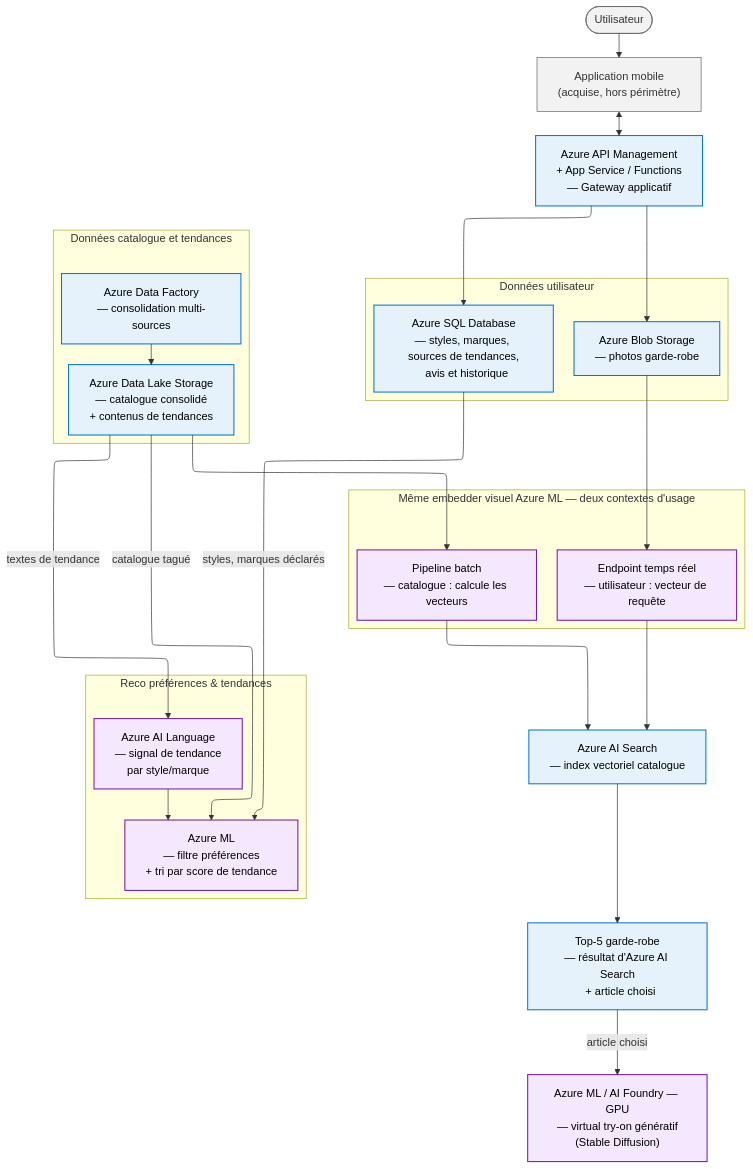
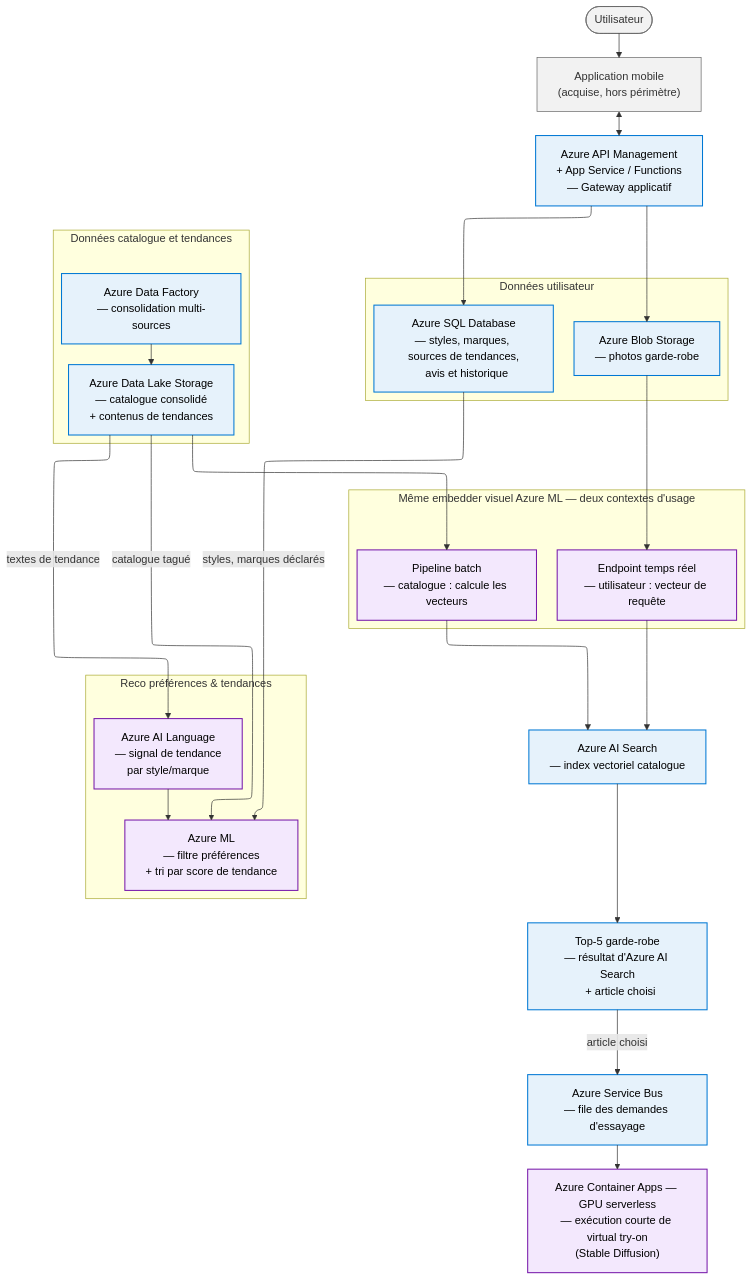
The diagram in Travail/02-solution-production/system-design.md (lefevrk/OC-Realisez-le-cadrage-d-un-projet-IA), drawn with Mermaid before and after one commit. The commit also changed other lines of this file and 3 other files, not shown here.

````diff
--- a/Travail/02-solution-production/system-design.md
+++ b/Travail/02-solution-production/system-design.md
@@ -19,50 +19,51 @@
 ```mermaid
 ---
 config:
   layout: elk
 ---
 flowchart TB
     classDef azure fill:#e6f2fb,stroke:#0078d4,stroke-width:1.5px,color:#000;
     classDef ml fill:#f3e8fd,stroke:#7719aa,stroke-width:1.5px,color:#000;
     classDef ext fill:#f2f2f2,stroke:#666,stroke-width:1px,color:#333;
 
     U(["Utilisateur"]):::ext --> APP["Application mobile\n(acquise, hors périmètre)"]:::ext
     APP <--> API["Azure API Management\n+ App Service / Functions\n— Gateway applicatif"]:::azure
 
     subgraph DONNEES["Données utilisateur"]
         BLOB["Azure Blob Storage\n— photos garde-robe"]:::azure
         SQL["Azure SQL Database\n— styles, marques, sources de tendances,\n  avis et historique"]:::azure
     end
 
     API --> BLOB
     API --> SQL
 
     subgraph CATALOGUE["Données catalogue et tendances"]
         ADF["Azure Data Factory\n— consolidation multi-sources"]:::azure
         ADLS["Azure Data Lake Storage\n— catalogue consolidé\n  + contenus de tendances"]:::azure
         ADF --> ADLS
     end
 
     subgraph EMBEDDER["Même embedder visuel Azure ML — deux contextes d'usage"]
         CAT_EMBED["Pipeline batch\n— catalogue : calcule les vecteurs"]:::ml
         USER_EMBED["Endpoint temps réel\n— utilisateur : vecteur de requête"]:::ml
     end
 
     ADLS --> CAT_EMBED
     CAT_EMBED --> SEARCH["Azure AI Search\n— index vectoriel catalogue"]:::azure
     BLOB --> USER_EMBED
     USER_EMBED --> SEARCH
     SEARCH --> WARDROBE_RECO["Top-5 garde-robe\n— résultat d'Azure AI Search\n  + article choisi"]:::azure
 
     subgraph PREFS_TENDANCES["Reco préférences & tendances"]
         TREND_NLP["Azure AI Language\n— signal de tendance\npar style/marque"]:::ml
         PREF_MATCH["Azure ML\n— filtre préférences\n+ tri par score de tendance"]:::ml
         TREND_NLP --> PREF_MATCH
     end
 
     ADLS -->|textes de tendance| TREND_NLP
     SQL -->|styles, marques déclarés| PREF_MATCH
     ADLS -->|catalogue tagué| PREF_MATCH
 
-    WARDROBE_RECO -->|article choisi| GEN["Azure ML / AI Foundry — GPU\n— virtual try-on génératif\n(Stable Diffusion)"]:::ml
+    WARDROBE_RECO -->|article choisi| QUEUE["Azure Service Bus\n— file des demandes d'essayage"]:::azure
+    QUEUE --> GEN["Azure Container Apps — GPU serverless\n— exécution courte de virtual try-on\n(Stable Diffusion)"]:::ml
 ```
````
